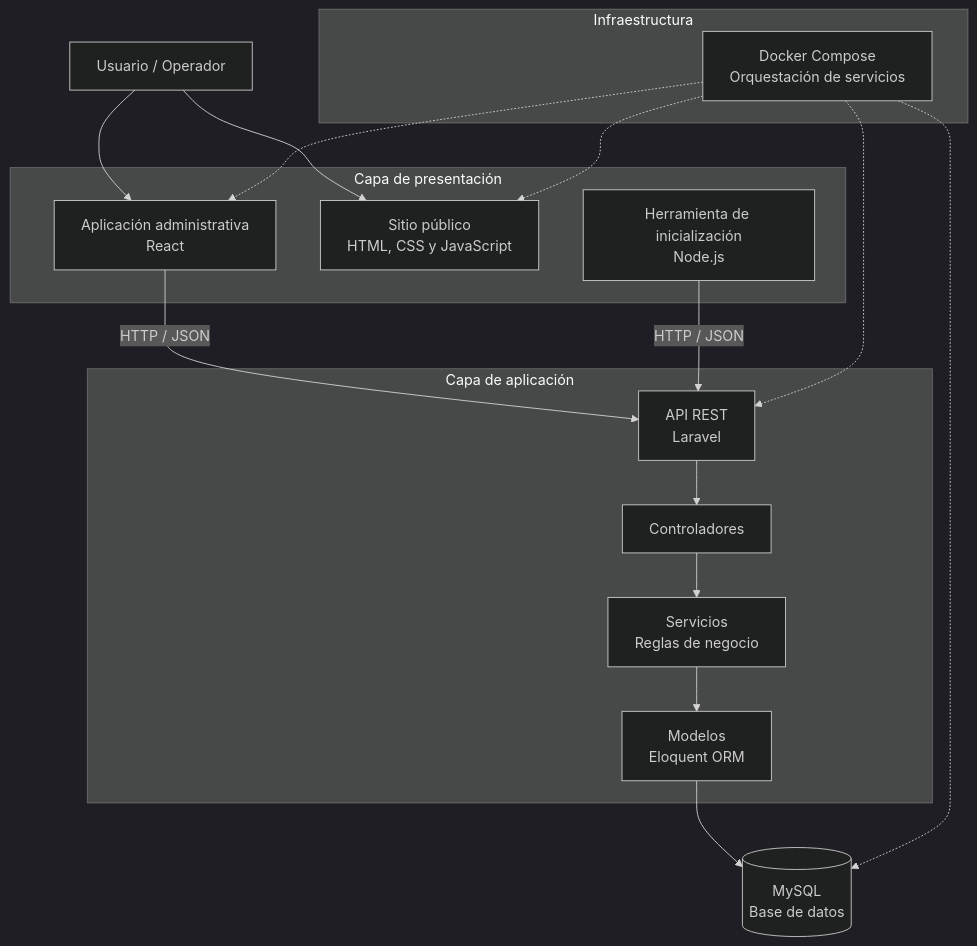
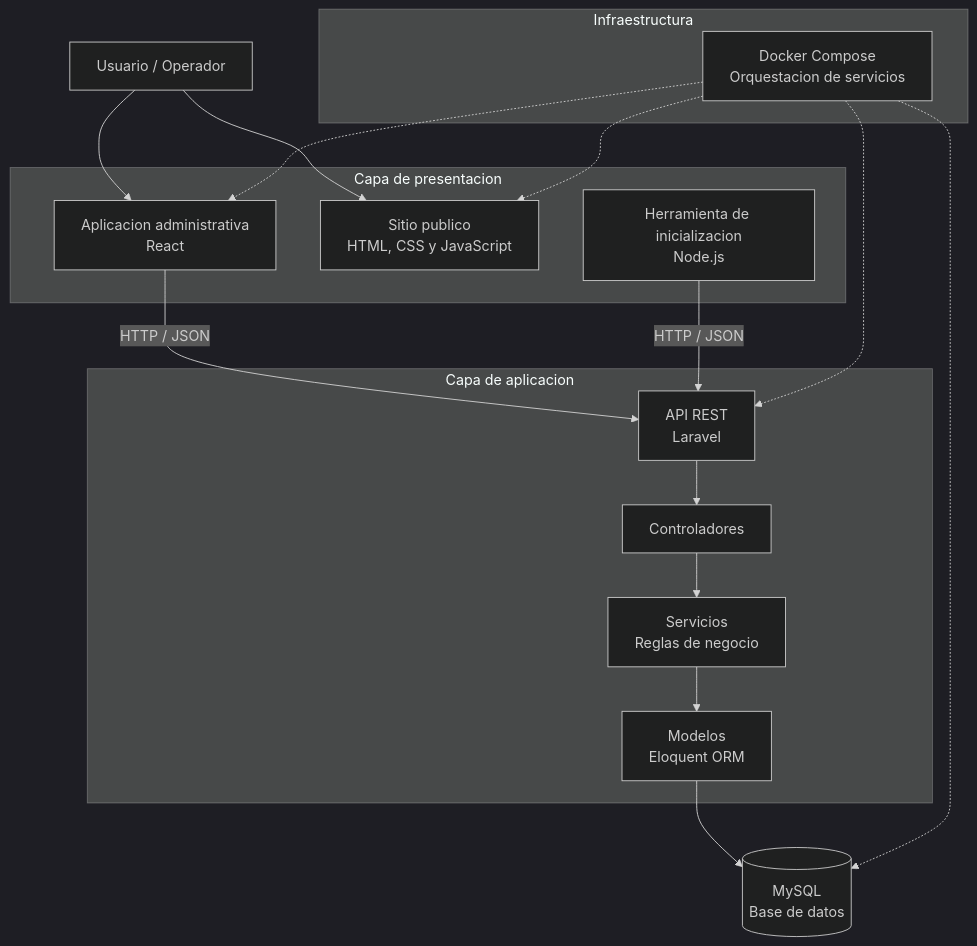
Before and after one commit to ivanandrescortesolaya-spec/ADSO-3239137: the diagram in 03-execute/NN-week/plan-mejoramiento/docs/architecture.md, drawn with Mermaid (dark theme). The commit also changed other lines of this file and 44 other files, not shown here.

````diff
--- a/03-execute/NN-week/plan-mejoramiento/docs/architecture.md
+++ b/03-execute/NN-week/plan-mejoramiento/docs/architecture.md
@@ -207,37 +207,37 @@
 ```mermaid
 flowchart TB
     U["Usuario / Operador"]
 
-    subgraph CLIENTES["Capa de presentación"]
-        APP["Aplicación administrativa<br/>React"]
-        PAGE["Sitio público<br/>HTML, CSS y JavaScript"]
-        SEED["Herramienta de inicialización<br/>Node.js"]
+    subgraph CLIENTES["Capa de presentacion"]
+        APP["Aplicacion administrativa<br/>React"]
+        PAGE["Sitio publico<br/>HTML, CSS y JavaScript"]
+        SEED["Herramienta de inicializacion<br/>Node.js"]
     end
 
-    subgraph BACKEND["Capa de aplicación"]
+    subgraph BACKEND["Capa de aplicacion"]
         API["API REST<br/>Laravel"]
         CTRL["Controladores"]
         SERVICE["Servicios<br/>Reglas de negocio"]
         MODEL["Modelos<br/>Eloquent ORM"]
     end
 
     DB[("MySQL<br/>Base de datos")]
 
     subgraph INFRA["Infraestructura"]
-        DOCKER["Docker Compose<br/>Orquestación de servicios"]
+        DOCKER["Docker Compose<br/>Orquestacion de servicios"]
     end
 
     U --> APP
     U --> PAGE
     APP -->|"HTTP / JSON"| API
     SEED -->|"HTTP / JSON"| API
     API --> CTRL
     CTRL --> SERVICE
     SERVICE --> MODEL
     MODEL --> DB
 
     DOCKER -.-> APP
     DOCKER -.-> API
     DOCKER -.-> DB
     DOCKER -.-> PAGE
 ```
````
